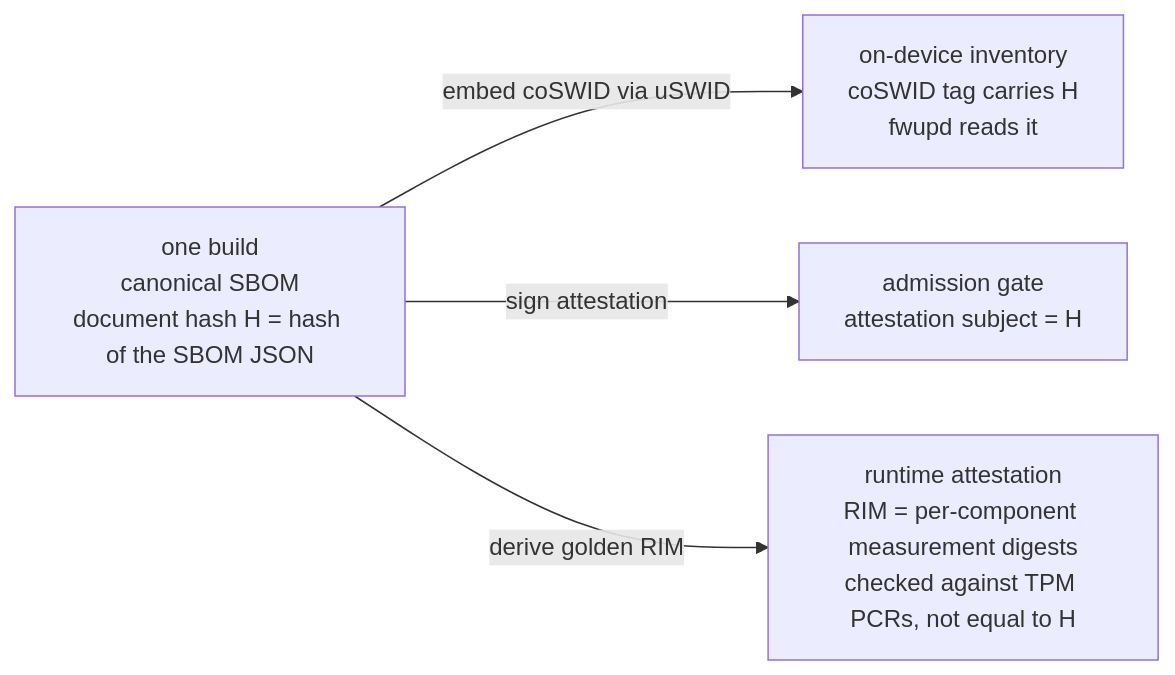
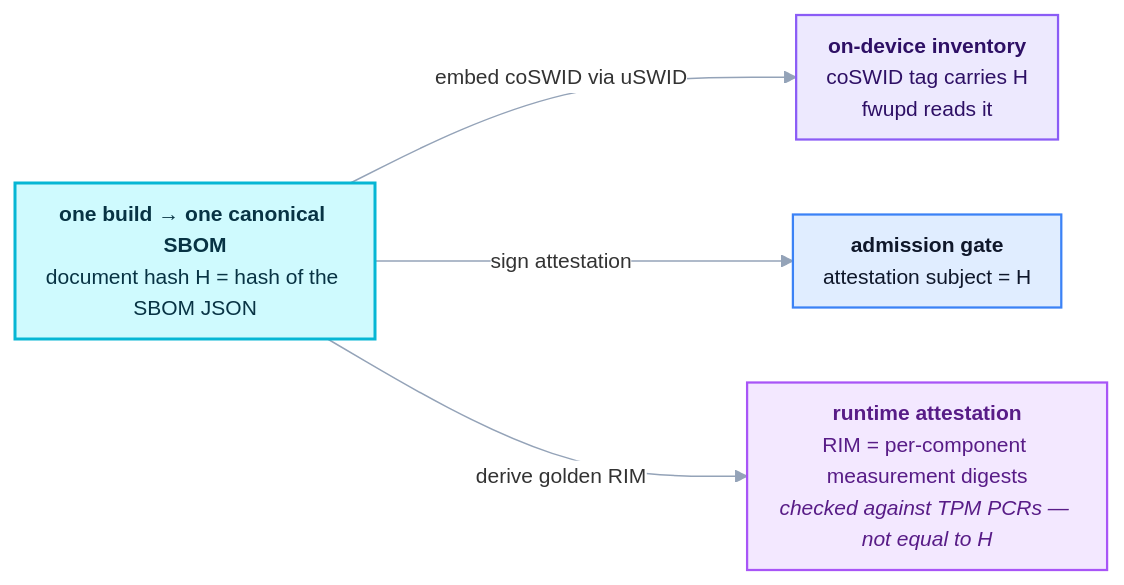
Before and after one commit to houdini91/firmware-sbom-supplychain: the third of 3 diagrams in DESIGN.md, drawn with Mermaid. The commit also changed other lines of this file, not shown here.

First line of the commit message:
DESIGN: Restyle the three mermaid diagrams

````diff
--- a/DESIGN.md
+++ b/DESIGN.md
@@ -168,7 +192,16 @@
 ```mermaid
+%%{init: {"theme":"base","themeVariables":{"fontFamily":"ui-sans-serif, system-ui, -apple-system, sans-serif","fontSize":"14px","lineColor":"#94a3b8","edgeLabelBackground":"#ffffff"},"flowchart":{"curve":"basis","htmlLabels":true,"nodeSpacing":50,"rankSpacing":80,"padding":10}}}%%
 flowchart LR
-  S["one build<br/>canonical SBOM<br/>document hash H = hash of the SBOM JSON"]
-  S -->|embed coSWID via uSWID| C1["on-device inventory<br/>coSWID tag carries H<br/>fwupd reads it"]
-  S -->|sign attestation| C2["admission gate<br/>attestation subject = H"]
-  S -->|derive golden RIM| C3["runtime attestation<br/>RIM = per-component measurement digests<br/>checked against TPM PCRs, not equal to H"]
+  S["<b>one build → one canonical SBOM</b><br/>document hash H = hash of the SBOM JSON"]
+  S -->|embed coSWID via uSWID| C1["<b>on-device inventory</b><br/>coSWID tag carries H<br/>fwupd reads it"]
+  S -->|sign attestation| C2["<b>admission gate</b><br/>attestation subject = H"]
+  S -->|derive golden RIM| C3["<b>runtime attestation</b><br/>RIM = per-component measurement digests<br/><i>checked against TPM PCRs — not equal to H</i>"]
+  classDef src fill:#cffafe,stroke:#06b6d4,stroke-width:2px,color:#083344;
+  classDef ondev fill:#ede9fe,stroke:#8b5cf6,stroke-width:1.5px,color:#2e1065;
+  classDef adm fill:#e0edff,stroke:#3b82f6,stroke-width:1.5px,color:#0f172a;
+  classDef rt fill:#f3e8ff,stroke:#a855f7,stroke-width:1.5px,color:#581c87;
+  class S src;
+  class C1 ondev;
+  class C2 adm;
+  class C3 rt;
 ```
````
